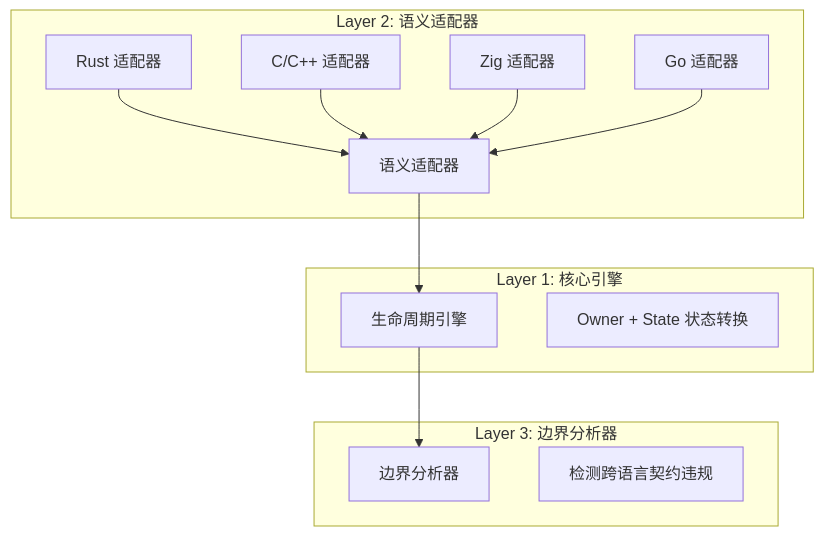
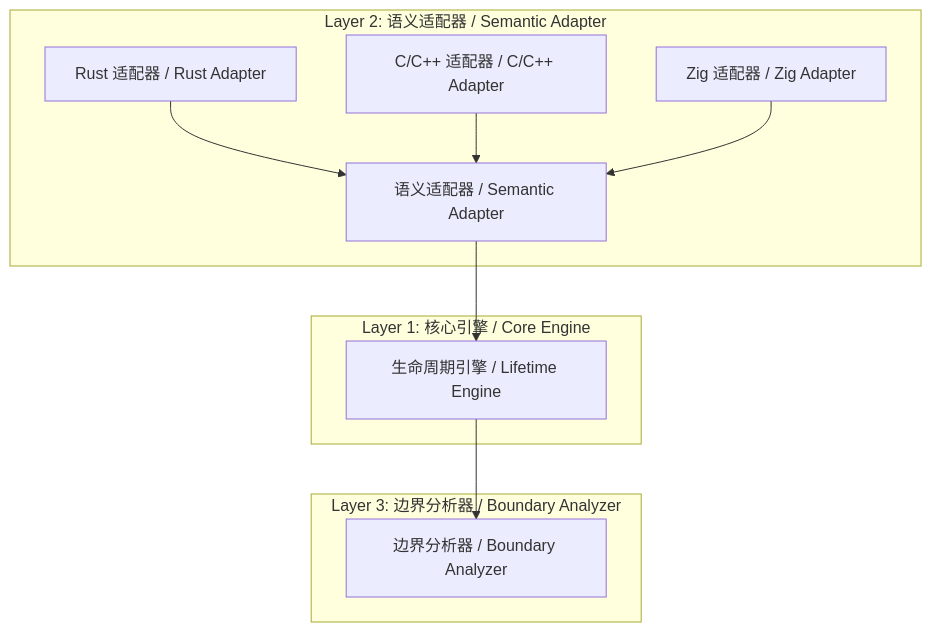
The diagram in README_zh.md (Timwood0x10/OmniScope), drawn with Mermaid before and after one commit. The commit also changed other lines of this file and 32 other files, not shown here.

````diff
--- a/README_zh.md
+++ b/README_zh.md
@@ -40,24 +92,18 @@
 ```mermaid
 graph TB
-    subgraph L3["Layer 3: 边界分析器"]
-        BA["边界分析器"]
-        BA_desc["检测跨语言契约违规"]
+    subgraph L3["Layer 3: 边界分析器 / Boundary Analyzer"]
+        BA["边界分析器 / Boundary Analyzer"]
     end
-
-    subgraph L2["Layer 2: 语义适配器"]
-        SA["语义适配器"]
-        RA["Rust 适配器"]
-        CA["C/C++ 适配器"]
-        ZA["Zig 适配器"]
-        GA["Go 适配器"]
+    subgraph L2["Layer 2: 语义适配器 / Semantic Adapter"]
+        SA["语义适配器 / Semantic Adapter"]
+        RA["Rust 适配器 / Rust Adapter"]
+        CA["C/C++ 适配器 / C/C++ Adapter"]
+        ZA["Zig 适配器 / Zig Adapter"]
     end
-
-    subgraph L1["Layer 1: 核心引擎"]
-        CE["生命周期引擎"]
-        CE_desc["Owner + State 状态转换"]
+    subgraph L1["Layer 1: 核心引擎 / Core Engine"]
+        CE["生命周期引擎 / Lifetime Engine"]
     end
-
-    RA & CA & ZA & GA --> SA
+    RA & CA & ZA --> SA
     SA --> CE
     CE --> BA
 ```
````
